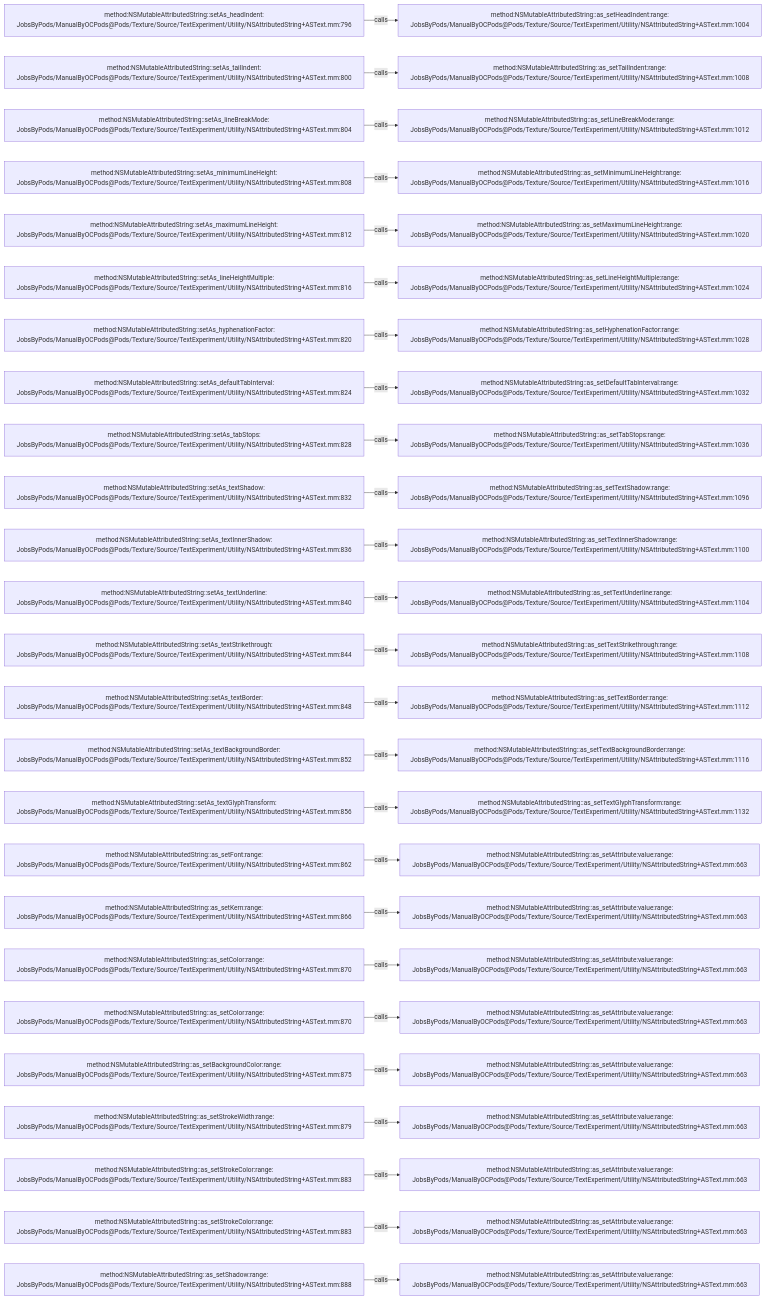
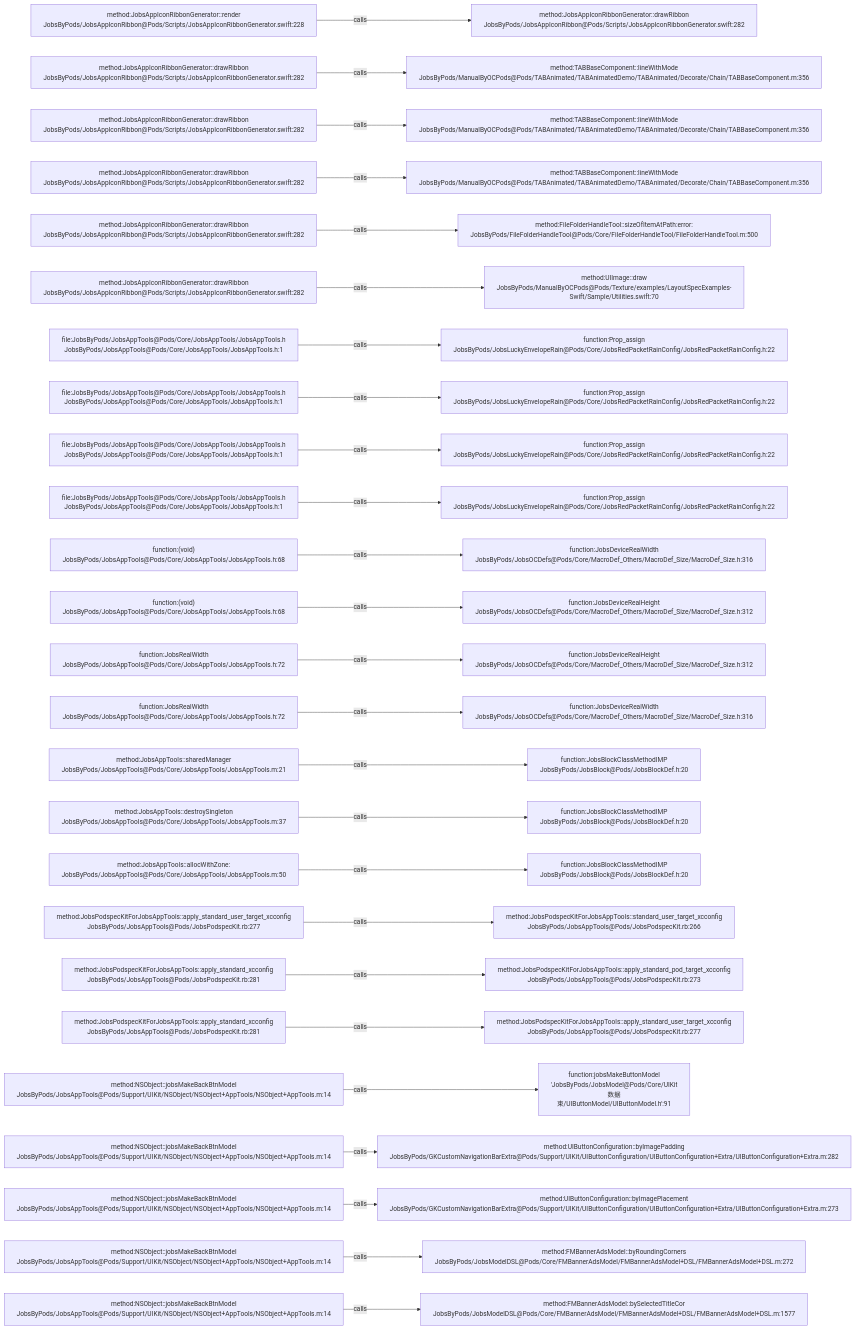
The diagram in .codegraph/codegraph.md/graphs/calls-198.md (JobsKits/JobsOCBaseConfigDemo), drawn with Mermaid before and after one commit. The commit also changed 768 other files, not shown here.

````diff
--- a/.codegraph/codegraph.md/graphs/calls-198.md
+++ b/.codegraph/codegraph.md/graphs/calls-198.md
@@ -13,78 +13,78 @@
 ```mermaid
 flowchart LR
-  S1["method:NSMutableAttributedString::setAs_headIndent:<br/>JobsByPods/ManualByOCPods@Pods/Texture/Source/TextExperiment/Utility/NSAttributedString+ASText.mm:796"]
-  T1["method:NSMutableAttributedString::as_setHeadIndent:range:<br/>JobsByPods/ManualByOCPods@Pods/Texture/Source/TextExperiment/Utility/NSAttributedString+ASText.mm:1004"]
+  S1["method:JobsAppIconRibbonGenerator::render<br/>JobsByPods/JobsAppIconRibbon@Pods/Scripts/JobsAppIconRibbonGenerator.swift:228"]
+  T1["method:JobsAppIconRibbonGenerator::drawRibbon<br/>JobsByPods/JobsAppIconRibbon@Pods/Scripts/JobsAppIconRibbonGenerator.swift:282"]
   S1 -->|calls| T1
-  S2["method:NSMutableAttributedString::setAs_tailIndent:<br/>JobsByPods/ManualByOCPods@Pods/Texture/Source/TextExperiment/Utility/NSAttributedString+ASText.mm:800"]
-  T2["method:NSMutableAttributedString::as_setTailIndent:range:<br/>JobsByPods/ManualByOCPods@Pods/Texture/Source/TextExperiment/Utility/NSAttributedString+ASText.mm:1008"]
+  S2["method:JobsAppIconRibbonGenerator::drawRibbon<br/>JobsByPods/JobsAppIconRibbon@Pods/Scripts/JobsAppIconRibbonGenerator.swift:282"]
+  T2["method:TABBaseComponent::lineWithMode<br/>JobsByPods/ManualByOCPods@Pods/TABAnimated/TABAnimatedDemo/TABAnimated/Decorate/Chain/TABBaseComponent.m:356"]
   S2 -->|calls| T2
-  S3["method:NSMutableAttributedString::setAs_lineBreakMode:<br/>JobsByPods/ManualByOCPods@Pods/Texture/Source/TextExperiment/Utility/NSAttributedString+ASText.mm:804"]
-  T3["method:NSMutableAttributedString::as_setLineBreakMode:range:<br/>JobsByPods/ManualByOCPods@Pods/Texture/Source/TextExperiment/Utility/NSAttributedString+ASText.mm:1012"]
+  S3["method:JobsAppIconRibbonGenerator::drawRibbon<br/>JobsByPods/JobsAppIconRibbon@Pods/Scripts/JobsAppIconRibbonGenerator.swift:282"]
+  T3["method:TABBaseComponent::lineWithMode<br/>JobsByPods/ManualByOCPods@Pods/TABAnimated/TABAnimatedDemo/TABAnimated/Decorate/Chain/TABBaseComponent.m:356"]
   S3 -->|calls| T3
-  S4["method:NSMutableAttributedString::setAs_minimumLineHeight:<br/>JobsByPods/ManualByOCPods@Pods/Texture/Source/TextExperiment/Utility/NSAttributedString+ASText.mm:808"]
-  T4["method:NSMutableAttributedString::as_setMinimumLineHeight:range:<br/>JobsByPods/ManualByOCPods@Pods/Texture/Source/TextExperiment/Utility/NSAttributedString+ASText.mm:1016"]
+  S4["method:JobsAppIconRibbonGenerator::drawRibbon<br/>JobsByPods/JobsAppIconRibbon@Pods/Scripts/JobsAppIconRibbonGenerator.swift:282"]
+  T4["method:TABBaseComponent::lineWithMode<br/>JobsByPods/ManualByOCPods@Pods/TABAnimated/TABAnimatedDemo/TABAnimated/Decorate/Chain/TABBaseComponent.m:356"]
   S4 -->|calls| T4
-  S5["method:NSMutableAttributedString::setAs_maximumLineHeight:<br/>JobsByPods/ManualByOCPods@Pods/Texture/Source/TextExperiment/Utility/NSAttributedString+ASText.mm:812"]
-  T5["method:NSMutableAttributedString::as_setMaximumLineHeight:range:<br/>JobsByPods/ManualByOCPods@Pods/Texture/Source/TextExperiment/Utility/NSAttributedString+ASText.mm:1020"]
+  S5["method:JobsAppIconRibbonGenerator::drawRibbon<br/>JobsByPods/JobsAppIconRibbon@Pods/Scripts/JobsAppIconRibbonGenerator.swift:282"]
+  T5["method:FileFolderHandleTool::sizeOfItemAtPath:error:<br/>JobsByPods/FileFolderHandleTool@Pods/Core/FileFolderHandleTool/FileFolderHandleTool.m:500"]
   S5 -->|calls| T5
-  S6["method:NSMutableAttributedString::setAs_lineHeightMultiple:<br/>JobsByPods/ManualByOCPods@Pods/Texture/Source/TextExperiment/Utility/NSAttributedString+ASText.mm:816"]
-  T6["method:NSMutableAttributedString::as_setLineHeightMultiple:range:<br/>JobsByPods/ManualByOCPods@Pods/Texture/Source/TextExperiment/Utility/NSAttributedString+ASText.mm:1024"]
+  S6["method:JobsAppIconRibbonGenerator::drawRibbon<br/>JobsByPods/JobsAppIconRibbon@Pods/Scripts/JobsAppIconRibbonGenerator.swift:282"]
+  T6["method:UIImage::draw<br/>JobsByPods/ManualByOCPods@Pods/Texture/examples/LayoutSpecExamples-Swift/Sample/Utilities.swift:70"]
   S6 -->|calls| T6
-  S7["method:NSMutableAttributedString::setAs_hyphenationFactor:<br/>JobsByPods/ManualByOCPods@Pods/Texture/Source/TextExperiment/Utility/NSAttributedString+ASText.mm:820"]
-  T7["method:NSMutableAttributedString::as_setHyphenationFactor:range:<br/>JobsByPods/ManualByOCPods@Pods/Texture/Source/TextExperiment/Utility/NSAttributedString+ASText.mm:1028"]
+  S7["file:JobsByPods/JobsAppTools@Pods/Core/JobsAppTools/JobsAppTools.h<br/>JobsByPods/JobsAppTools@Pods/Core/JobsAppTools/JobsAppTools.h:1"]
+  T7["function:Prop_assign<br/>JobsByPods/JobsLuckyEnvelopeRain@Pods/Core/JobsRedPacketRainConfig/JobsRedPacketRainConfig.h:22"]
   S7 -->|calls| T7
-  S8["method:NSMutableAttributedString::setAs_defaultTabInterval:<br/>JobsByPods/ManualByOCPods@Pods/Texture/Source/TextExperiment/Utility/NSAttributedString+ASText.mm:824"]
-  T8["method:NSMutableAttributedString::as_setDefaultTabInterval:range:<br/>JobsByPods/ManualByOCPods@Pods/Texture/Source/TextExperiment/Utility/NSAttributedString+ASText.mm:1032"]
+  S8["file:JobsByPods/JobsAppTools@Pods/Core/JobsAppTools/JobsAppTools.h<br/>JobsByPods/JobsAppTools@Pods/Core/JobsAppTools/JobsAppTools.h:1"]
+  T8["function:Prop_assign<br/>JobsByPods/JobsLuckyEnvelopeRain@Pods/Core/JobsRedPacketRainConfig/JobsRedPacketRainConfig.h:22"]
   S8 -->|calls| T8
-  S9["method:NSMutableAttributedString::setAs_tabStops:<br/>JobsByPods/ManualByOCPods@Pods/Texture/Source/TextExperiment/Utility/NSAttributedString+ASText.mm:828"]
-  T9["method:NSMutableAttributedString::as_setTabStops:range:<br/>JobsByPods/ManualByOCPods@Pods/Texture/Source/TextExperiment/Utility/NSAttributedString+ASText.mm:1036"]
+  S9["file:JobsByPods/JobsAppTools@Pods/Core/JobsAppTools/JobsAppTools.h<br/>JobsByPods/JobsAppTools@Pods/Core/JobsAppTools/JobsAppTools.h:1"]
+  T9["function:Prop_assign<br/>JobsByPods/JobsLuckyEnvelopeRain@Pods/Core/JobsRedPacketRainConfig/JobsRedPacketRainConfig.h:22"]
   S9 -->|calls| T9
-  S10["method:NSMutableAttributedString::setAs_textShadow:<br/>JobsByPods/ManualByOCPods@Pods/Texture/Source/TextExperiment/Utility/NSAttributedString+ASText.mm:832"]
-  T10["method:NSMutableAttributedString::as_setTextShadow:range:<br/>JobsByPods/ManualByOCPods@Pods/Texture/Source/TextExperiment/Utility/NSAttributedString+ASText.mm:1096"]
+  S10["file:JobsByPods/JobsAppTools@Pods/Core/JobsAppTools/JobsAppTools.h<br/>JobsByPods/JobsAppTools@Pods/Core/JobsAppTools/JobsAppTools.h:1"]
+  T10["function:Prop_assign<br/>JobsByPods/JobsLuckyEnvelopeRain@Pods/Core/JobsRedPacketRainConfig/JobsRedPacketRainConfig.h:22"]
   S10 -->|calls| T10
-  S11["method:NSMutableAttributedString::setAs_textInnerShadow:<br/>JobsByPods/ManualByOCPods@Pods/Texture/Source/TextExperiment/Utility/NSAttributedString+ASText.mm:836"]
-  T11["method:NSMutableAttributedString::as_setTextInnerShadow:range:<br/>JobsByPods/ManualByOCPods@Pods/Texture/Source/TextExperiment/Utility/NSAttributedString+ASText.mm:1100"]
+  S11["function:(void)<br/>JobsByPods/JobsAppTools@Pods/Core/JobsAppTools/JobsAppTools.h:68"]
+  T11["function:JobsDeviceRealWidth<br/>JobsByPods/JobsOCDefs@Pods/Core/MacroDef_Others/MacroDef_Size/MacroDef_Size.h:316"]
   S11 -->|calls| T11
-  S12["method:NSMutableAttributedString::setAs_textUnderline:<br/>JobsByPods/ManualByOCPods@Pods/Texture/Source/TextExperiment/Utility/NSAttributedString+ASText.mm:840"]
-  T12["method:NSMutableAttributedString::as_setTextUnderline:range:<br/>JobsByPods/ManualByOCPods@Pods/Texture/Source/TextExperiment/Utility/NSAttributedString+ASText.mm:1104"]
+  S12["function:(void)<br/>JobsByPods/JobsAppTools@Pods/Core/JobsAppTools/JobsAppTools.h:68"]
+  T12["function:JobsDeviceRealHeight<br/>JobsByPods/JobsOCDefs@Pods/Core/MacroDef_Others/MacroDef_Size/MacroDef_Size.h:312"]
   S12 -->|calls| T12
-  S13["method:NSMutableAttributedString::setAs_textStrikethrough:<br/>JobsByPods/ManualByOCPods@Pods/Texture/Source/TextExperiment/Utility/NSAttributedString+ASText.mm:844"]
-  T13["method:NSMutableAttributedString::as_setTextStrikethrough:range:<br/>JobsByPods/ManualByOCPods@Pods/Texture/Source/TextExperiment/Utility/NSAttributedString+ASText.mm:1108"]
+  S13["function:JobsRealWidth<br/>JobsByPods/JobsAppTools@Pods/Core/JobsAppTools/JobsAppTools.h:72"]
+  T13["function:JobsDeviceRealHeight<br/>JobsByPods/JobsOCDefs@Pods/Core/MacroDef_Others/MacroDef_Size/MacroDef_Size.h:312"]
   S13 -->|calls| T13
-  S14["method:NSMutableAttributedString::setAs_textBorder:<br/>JobsByPods/ManualByOCPods@Pods/Texture/Source/TextExperiment/Utility/NSAttributedString+ASText.mm:848"]
-  T14["method:NSMutableAttributedString::as_setTextBorder:range:<br/>JobsByPods/ManualByOCPods@Pods/Texture/Source/TextExperiment/Utility/NSAttributedString+ASText.mm:1112"]
+  S14["function:JobsRealWidth<br/>JobsByPods/JobsAppTools@Pods/Core/JobsAppTools/JobsAppTools.h:72"]
+  T14["function:JobsDeviceRealWidth<br/>JobsByPods/JobsOCDefs@Pods/Core/MacroDef_Others/MacroDef_Size/MacroDef_Size.h:316"]
   S14 -->|calls| T14
-  S15["method:NSMutableAttributedString::setAs_textBackgroundBorder:<br/>JobsByPods/ManualByOCPods@Pods/Texture/Source/TextExperiment/Utility/NSAttributedString+ASText.mm:852"]
-  T15["method:NSMutableAttributedString::as_setTextBackgroundBorder:range:<br/>JobsByPods/ManualByOCPods@Pods/Texture/Source/TextExperiment/Utility/NSAttributedString+ASText.mm:1116"]
+  S15["method:JobsAppTools::sharedManager<br/>JobsByPods/JobsAppTools@Pods/Core/JobsAppTools/JobsAppTools.m:21"]
+  T15["function:JobsBlockClassMethodIMP<br/>JobsByPods/JobsBlock@Pods/JobsBlockDef.h:20"]
   S15 -->|calls| T15
-  S16["method:NSMutableAttributedString::setAs_textGlyphTransform:<br/>JobsByPods/ManualByOCPods@Pods/Texture/Source/TextExperiment/Utility/NSAttributedString+ASText.mm:856"]
-  T16["method:NSMutableAttributedString::as_setTextGlyphTransform:range:<br/>JobsByPods/ManualByOCPods@Pods/Texture/Source/TextExperiment/Utility/NSAttributedString+ASText.mm:1132"]
+  S16["method:JobsAppTools::destroySingleton<br/>JobsByPods/JobsAppTools@Pods/Core/JobsAppTools/JobsAppTools.m:37"]
+  T16["function:JobsBlockClassMethodIMP<br/>JobsByPods/JobsBlock@Pods/JobsBlockDef.h:20"]
   S16 -->|calls| T16
-  S17["method:NSMutableAttributedString::as_setFont:range:<br/>JobsByPods/ManualByOCPods@Pods/Texture/Source/TextExperiment/Utility/NSAttributedString+ASText.mm:862"]
-  T17["method:NSMutableAttributedString::as_setAttribute:value:range:<br/>JobsByPods/ManualByOCPods@Pods/Texture/Source/TextExperiment/Utility/NSAttributedString+ASText.mm:663"]
+  S17["method:JobsAppTools::allocWithZone:<br/>JobsByPods/JobsAppTools@Pods/Core/JobsAppTools/JobsAppTools.m:50"]
+  T17["function:JobsBlockClassMethodIMP<br/>JobsByPods/JobsBlock@Pods/JobsBlockDef.h:20"]
   S17 -->|calls| T17
-  S18["method:NSMutableAttributedString::as_setKern:range:<br/>JobsByPods/ManualByOCPods@Pods/Texture/Source/TextExperiment/Utility/NSAttributedString+ASText.mm:866"]
-  T18["method:NSMutableAttributedString::as_setAttribute:value:range:<br/>JobsByPods/ManualByOCPods@Pods/Texture/Source/TextExperiment/Utility/NSAttributedString+ASText.mm:663"]
+  S18["method:JobsPodspecKitForJobsAppTools::apply_standard_user_target_xcconfig<br/>JobsByPods/JobsAppTools@Pods/JobsPodspecKit.rb:277"]
+  T18["method:JobsPodspecKitForJobsAppTools::standard_user_target_xcconfig<br/>JobsByPods/JobsAppTools@Pods/JobsPodspecKit.rb:266"]
   S18 -->|calls| T18
-  S19["method:NSMutableAttributedString::as_setColor:range:<br/>JobsByPods/ManualByOCPods@Pods/Texture/Source/TextExperiment/Utility/NSAttributedString+ASText.mm:870"]
-  T19["method:NSMutableAttributedString::as_setAttribute:value:range:<br/>JobsByPods/ManualByOCPods@Pods/Texture/Source/TextExperiment/Utility/NSAttributedString+ASText.mm:663"]
+  S19["method:JobsPodspecKitForJobsAppTools::apply_standard_xcconfig<br/>JobsByPods/JobsAppTools@Pods/JobsPodspecKit.rb:281"]
+  T19["method:JobsPodspecKitForJobsAppTools::apply_standard_pod_target_xcconfig<br/>JobsByPods/JobsAppTools@Pods/JobsPodspecKit.rb:273"]
   S19 -->|calls| T19
-  S20["method:NSMutableAttributedString::as_setColor:range:<br/>JobsByPods/ManualByOCPods@Pods/Texture/Source/TextExperiment/Utility/NSAttributedString+ASText.mm:870"]
-  T20["method:NSMutableAttributedString::as_setAttribute:value:range:<br/>JobsByPods/ManualByOCPods@Pods/Texture/Source/TextExperiment/Utility/NSAttributedString+ASText.mm:663"]
+  S20["method:JobsPodspecKitForJobsAppTools::apply_standard_xcconfig<br/>JobsByPods/JobsAppTools@Pods/JobsPodspecKit.rb:281"]
+  T20["method:JobsPodspecKitForJobsAppTools::apply_standard_user_target_xcconfig<br/>JobsByPods/JobsAppTools@Pods/JobsPodspecKit.rb:277"]
   S20 -->|calls| T20
-  S21["method:NSMutableAttributedString::as_setBackgroundColor:range:<br/>JobsByPods/ManualByOCPods@Pods/Texture/Source/TextExperiment/Utility/NSAttributedString+ASText.mm:875"]
-  T21["method:NSMutableAttributedString::as_setAttribute:value:range:<br/>JobsByPods/ManualByOCPods@Pods/Texture/Source/TextExperiment/Utility/NSAttributedString+ASText.mm:663"]
+  S21["method:NSObject::jobsMakeBackBtnModel<br/>JobsByPods/JobsAppTools@Pods/Support/UIKit/NSObject/NSObject+AppTools/NSObject+AppTools.m:14"]
+  T21["function:jobsMakeButtonModel<br/>'JobsByPods/JobsModel@Pods/Core/UIKit数据束/UIButtonModel/UIButtonModel.h':91"]
   S21 -->|calls| T21
-  S22["method:NSMutableAttributedString::as_setStrokeWidth:range:<br/>JobsByPods/ManualByOCPods@Pods/Texture/Source/TextExperiment/Utility/NSAttributedString+ASText.mm:879"]
-  T22["method:NSMutableAttributedString::as_setAttribute:value:range:<br/>JobsByPods/ManualByOCPods@Pods/Texture/Source/TextExperiment/Utility/NSAttributedString+ASText.mm:663"]
+  S22["method:NSObject::jobsMakeBackBtnModel<br/>JobsByPods/JobsAppTools@Pods/Support/UIKit/NSObject/NSObject+AppTools/NSObject+AppTools.m:14"]
+  T22["method:UIButtonConfiguration::byImagePadding<br/>JobsByPods/GKCustomNavigationBarExtra@Pods/Support/UIKit/UIButtonConfiguration/UIButtonConfiguration+Extra/UIButtonConfiguration+Extra.m:282"]
   S22 -->|calls| T22
-  S23["method:NSMutableAttributedString::as_setStrokeColor:range:<br/>JobsByPods/ManualByOCPods@Pods/Texture/Source/TextExperiment/Utility/NSAttributedString+ASText.mm:883"]
-  T23["method:NSMutableAttributedString::as_setAttribute:value:range:<br/>JobsByPods/ManualByOCPods@Pods/Texture/Source/TextExperiment/Utility/NSAttributedString+ASText.mm:663"]
+  S23["method:NSObject::jobsMakeBackBtnModel<br/>JobsByPods/JobsAppTools@Pods/Support/UIKit/NSObject/NSObject+AppTools/NSObject+AppTools.m:14"]
+  T23["method:UIButtonConfiguration::byImagePlacement<br/>JobsByPods/GKCustomNavigationBarExtra@Pods/Support/UIKit/UIButtonConfiguration/UIButtonConfiguration+Extra/UIButtonConfiguration+Extra.m:273"]
   S23 -->|calls| T23
-  S24["method:NSMutableAttributedString::as_setStrokeColor:range:<br/>JobsByPods/ManualByOCPods@Pods/Texture/Source/TextExperiment/Utility/NSAttributedString+ASText.mm:883"]
-  T24["method:NSMutableAttributedString::as_setAttribute:value:range:<br/>JobsByPods/ManualByOCPods@Pods/Texture/Source/TextExperiment/Utility/NSAttributedString+ASText.mm:663"]
+  S24["method:NSObject::jobsMakeBackBtnModel<br/>JobsByPods/JobsAppTools@Pods/Support/UIKit/NSObject/NSObject+AppTools/NSObject+AppTools.m:14"]
+  T24["method:FMBannerAdsModel::byRoundingCorners<br/>JobsByPods/JobsModelDSL@Pods/Core/FMBannerAdsModel/FMBannerAdsModel+DSL/FMBannerAdsModel+DSL.m:272"]
   S24 -->|calls| T24
-  S25["method:NSMutableAttributedString::as_setShadow:range:<br/>JobsByPods/ManualByOCPods@Pods/Texture/Source/TextExperiment/Utility/NSAttributedString+ASText.mm:888"]
-  T25["method:NSMutableAttributedString::as_setAttribute:value:range:<br/>JobsByPods/ManualByOCPods@Pods/Texture/Source/TextExperiment/Utility/NSAttributedString+ASText.mm:663"]
+  S25["method:NSObject::jobsMakeBackBtnModel<br/>JobsByPods/JobsAppTools@Pods/Support/UIKit/NSObject/NSObject+AppTools/NSObject+AppTools.m:14"]
+  T25["method:FMBannerAdsModel::bySelectedTitleCor<br/>JobsByPods/JobsModelDSL@Pods/Core/FMBannerAdsModel/FMBannerAdsModel+DSL/FMBannerAdsModel+DSL.m:1577"]
   S25 -->|calls| T25
 ```
````
